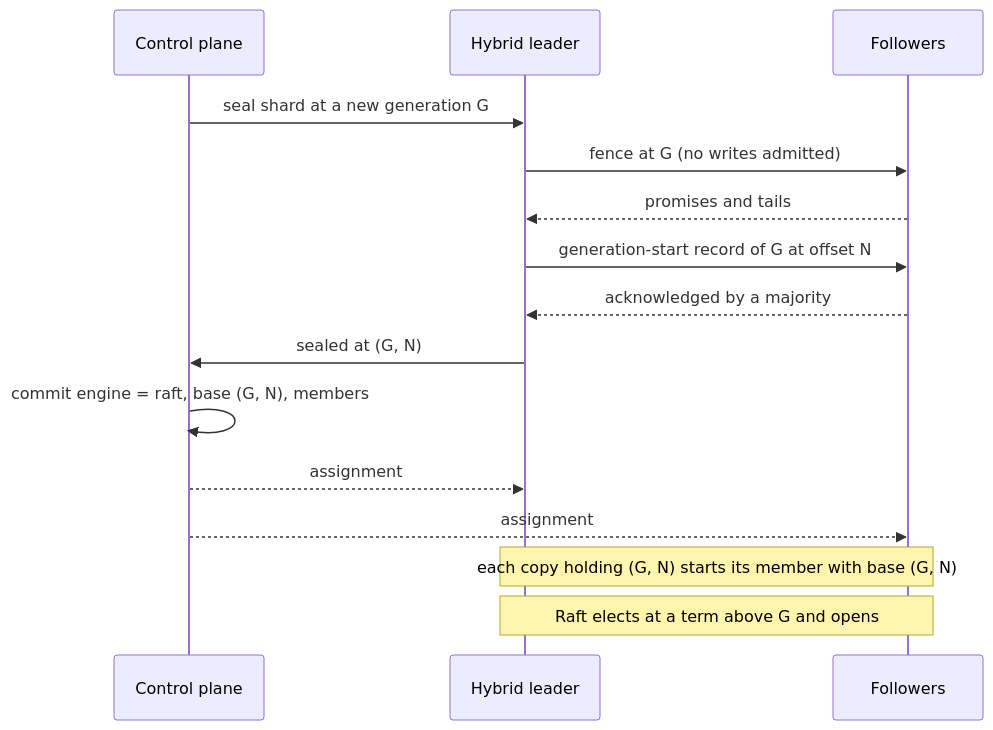
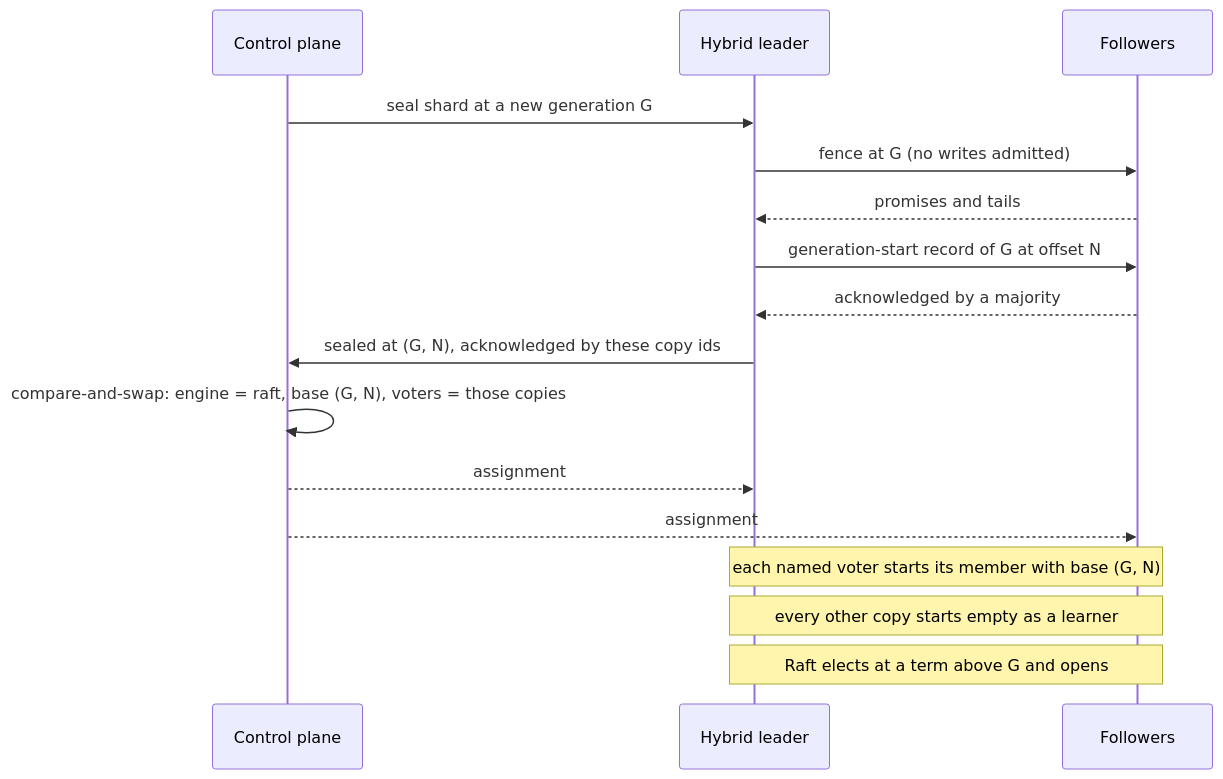
One commit to GetFelix/felix changed the third of 3 diagrams in docs/per-shard-raft.md. Above: the diagram before and after it, drawn with Mermaid. The commit also changed other lines of this file, not shown here.

First line of the commit message:
docs(replication): revise the per-shard Raft design after review

````diff
--- a/docs/per-shard-raft.md
+++ b/docs/per-shard-raft.md
@@ -496,17 +633,18 @@
 ```mermaid
 sequenceDiagram
   participant CP as Control plane
   participant L as Hybrid leader
   participant F as Followers
   CP->>L: seal shard at a new generation G
   L->>F: fence at G (no writes admitted)
   F-->>L: promises and tails
   L->>F: generation-start record of G at offset N
   F-->>L: acknowledged by a majority
-  L->>CP: sealed at (G, N)
-  CP->>CP: commit engine = raft, base (G, N), members
+  L->>CP: sealed at (G, N), acknowledged by these copy ids
+  CP->>CP: compare-and-swap: engine = raft, base (G, N), voters = those copies
   CP-->>L: assignment
   CP-->>F: assignment
-  Note over L,F: each copy holding (G, N) starts its member with base (G, N)
+  Note over L,F: each named voter starts its member with base (G, N)
+  Note over L,F: every other copy starts empty as a learner
   Note over L,F: Raft elects at a term above G and opens
 ```
````
